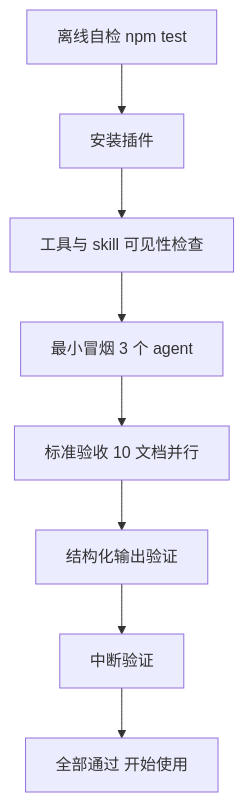
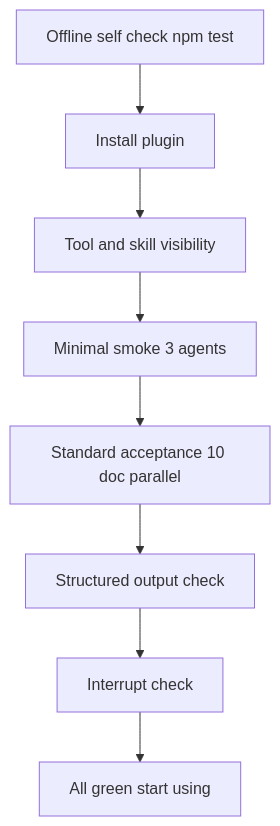
Before and after one commit to mickorz/opencode-dynamicworkflows: the diagram in docs/testing.md, drawn with Mermaid. The commit also changed other lines of this file and 3 other files, not shown here.

````diff
--- a/docs/testing.md
+++ b/docs/testing.md
@@ -8,10 +10,10 @@
 ```mermaid
 flowchart TD
-    A[离线自检 npm test] --> B[安装插件]
-    B --> C[工具与 skill 可见性检查]
-    C --> D[最小冒烟 3 个 agent]
-    D --> E[标准验收 10 文档并行]
-    E --> F[结构化输出验证]
-    F --> G[中断验证]
-    G --> H[全部通过 开始使用]
+    A[Offline self check npm test] --> B[Install plugin]
+    B --> C[Tool and skill visibility]
+    C --> D[Minimal smoke 3 agents]
+    D --> E[Standard acceptance 10 doc parallel]
+    E --> F[Structured output check]
+    F --> G[Interrupt check]
+    G --> H[All green start using]
 ```
````
